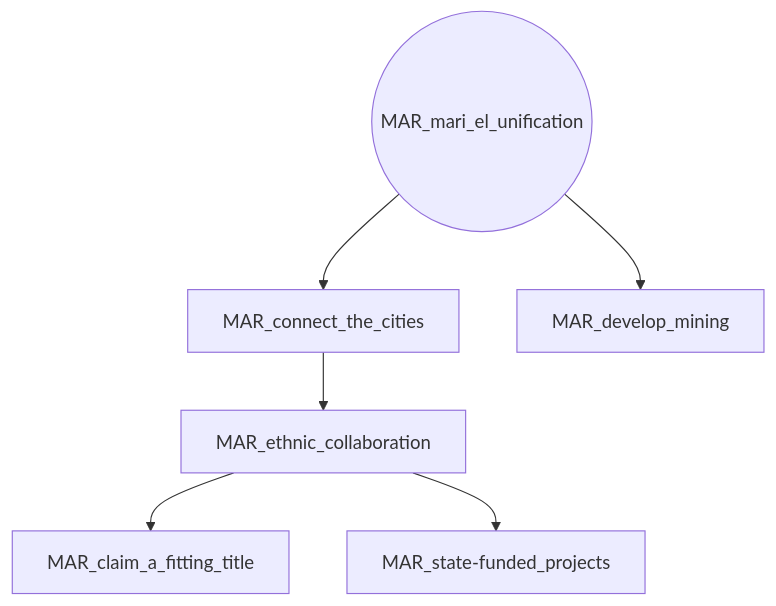
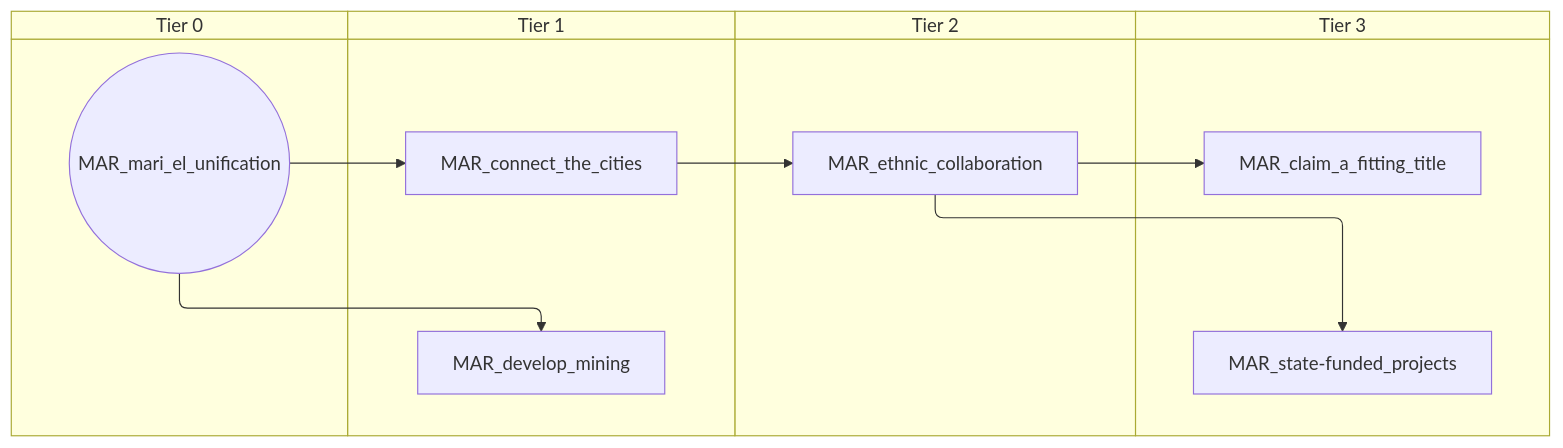
One commit to evgeny-sobol/hoi4-sandbox-mode-r56 changed the diagram in docs/gdd/National Focuses/r56_mari_el_union_shared.md. Above: the diagram before and after it, drawn with Mermaid. The commit also changed 423 other files, not shown here.

First line of the commit message:
Re-export Rt56 focus trees as swimlane diagrams

````diff
--- a/docs/gdd/National Focuses/r56_mari_el_union_shared.md
+++ b/docs/gdd/National Focuses/r56_mari_el_union_shared.md
@@ -3,14 +3,22 @@
 ```mermaid
-flowchart TD
-    n1["MAR_claim_a_fitting_title"]
-    n2["MAR_connect_the_cities"]
-    n3["MAR_develop_mining"]
-    n4["MAR_ethnic_collaboration"]
-    n5(("MAR_mari_el_unification"))
-    n6["MAR_state-funded_projects"]
-    n4 --> n1
-    n5 --> n2
-    n5 --> n3
+swimlane-beta TD
+    subgraph tier_0["Tier 0"]
+        n1(("MAR_mari_el_unification"))
+    end
+    subgraph tier_1["Tier 1"]
+        n2["MAR_connect_the_cities"]
+        n3["MAR_develop_mining"]
+    end
+    subgraph tier_2["Tier 2"]
+        n4["MAR_ethnic_collaboration"]
+    end
+    subgraph tier_3["Tier 3"]
+        n5["MAR_claim_a_fitting_title"]
+        n6["MAR_state-funded_projects"]
+    end
+    n4 --> n5
+    n1 --> n2
+    n1 --> n3
     n2 --> n4
     n4 --> n6
 ```
````
